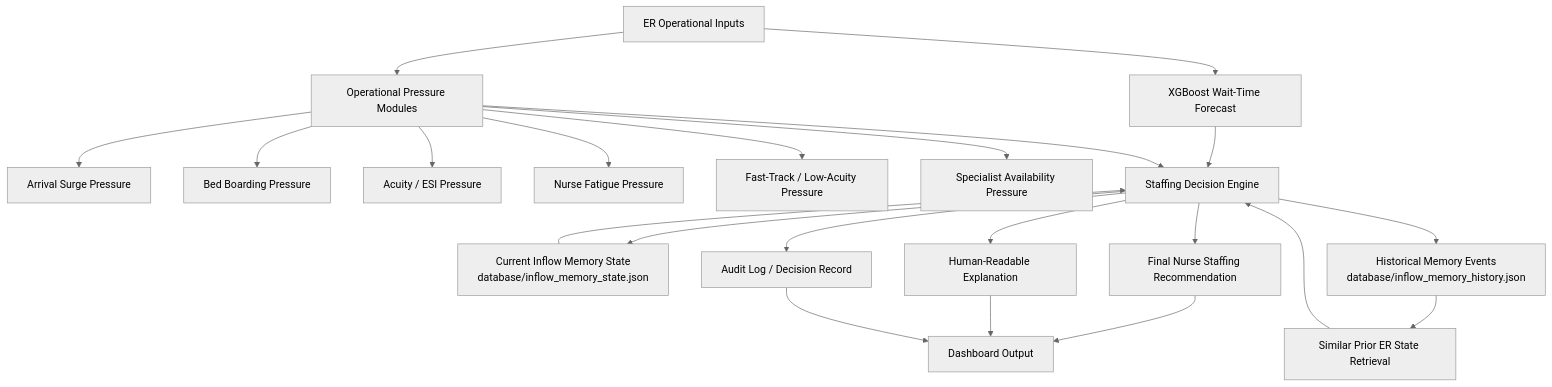
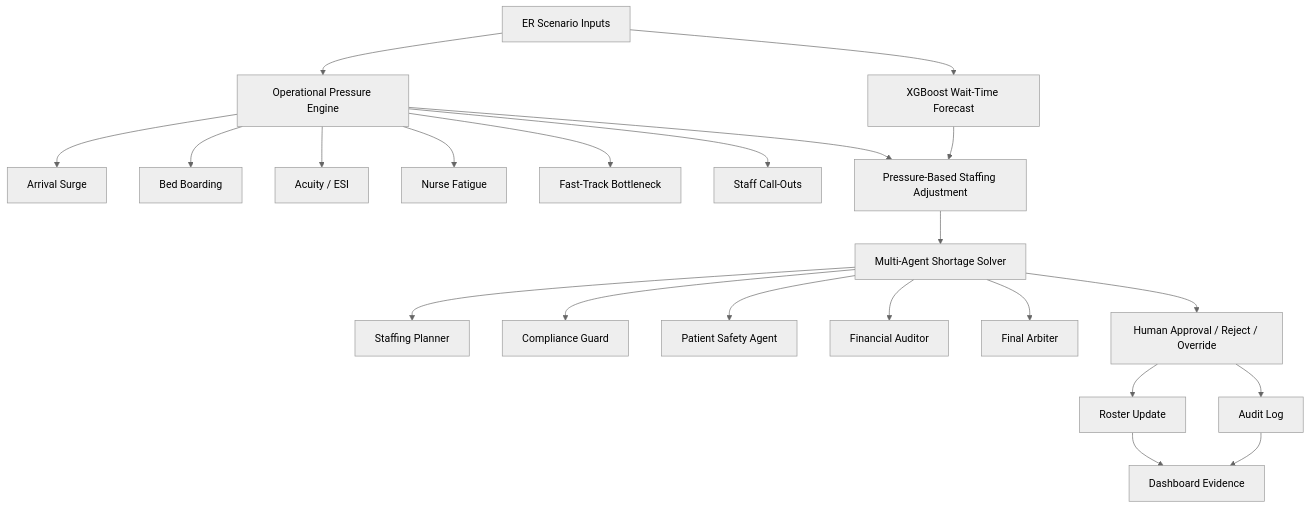
One commit to draculess99/SafeStaff_AI changed the diagram in README_SafeStaff_AI.md. Above: the diagram before and after it, drawn with Mermaid (neutral theme). The commit also changed other lines of this file, not shown here.

````diff
--- a/README_SafeStaff_AI.md
+++ b/README_SafeStaff_AI.md
@@ -57,30 +134,29 @@
 ```mermaid
 flowchart TD
-    A[ER Operational Inputs] --> B[XGBoost Wait-Time Forecast]
-    A --> C[Operational Pressure Modules]
+    A[ER Scenario Inputs] --> B[XGBoost Wait-Time Forecast]
+    A --> C[Operational Pressure Engine]
 
-    C --> C1[Arrival Surge Pressure]
-    C --> C2[Bed Boarding Pressure]
-    C --> C3[Acuity / ESI Pressure]
-    C --> C4[Nurse Fatigue Pressure]
-    C --> C5[Fast-Track / Low-Acuity Pressure]
-    C --> C6[Specialist Availability Pressure]
+    C --> C1[Arrival Surge]
+    C --> C2[Bed Boarding]
+    C --> C3[Acuity / ESI]
+    C --> C4[Nurse Fatigue]
+    C --> C5[Fast-Track Bottleneck]
+    C --> C6[Staff Call-Outs]
 
-    B --> D[Staffing Decision Engine]
+    B --> D[Pressure-Based Staffing Adjustment]
     C --> D
 
-    M1[Current Inflow Memory State<br/>database/inflow_memory_state.json] --> D
-    M2[Historical Memory Events<br/>database/inflow_memory_history.json] --> H[Similar Prior ER State Retrieval]
-    H --> D
+    D --> E[Multi-Agent Shortage Solver]
+    E --> E1[Staffing Planner]
+    E --> E2[Compliance Guard]
+    E --> E3[Patient Safety Agent]
+    E --> E4[Financial Auditor]
+    E --> E5[Final Arbiter]
 
-    D --> E[Final Nurse Staffing Recommendation]
-    D --> F[Human-Readable Explanation]
-    D --> G[Audit Log / Decision Record]
+    E --> F[Human Approval / Reject / Override]
+    F --> G[Roster Update]
+    F --> H[Audit Log]
 
-    E --> I[Dashboard Output]
-    F --> I
+    H --> I[Dashboard Evidence]
     G --> I
-
-    D --> M1
-    D --> M2
 ```
````
